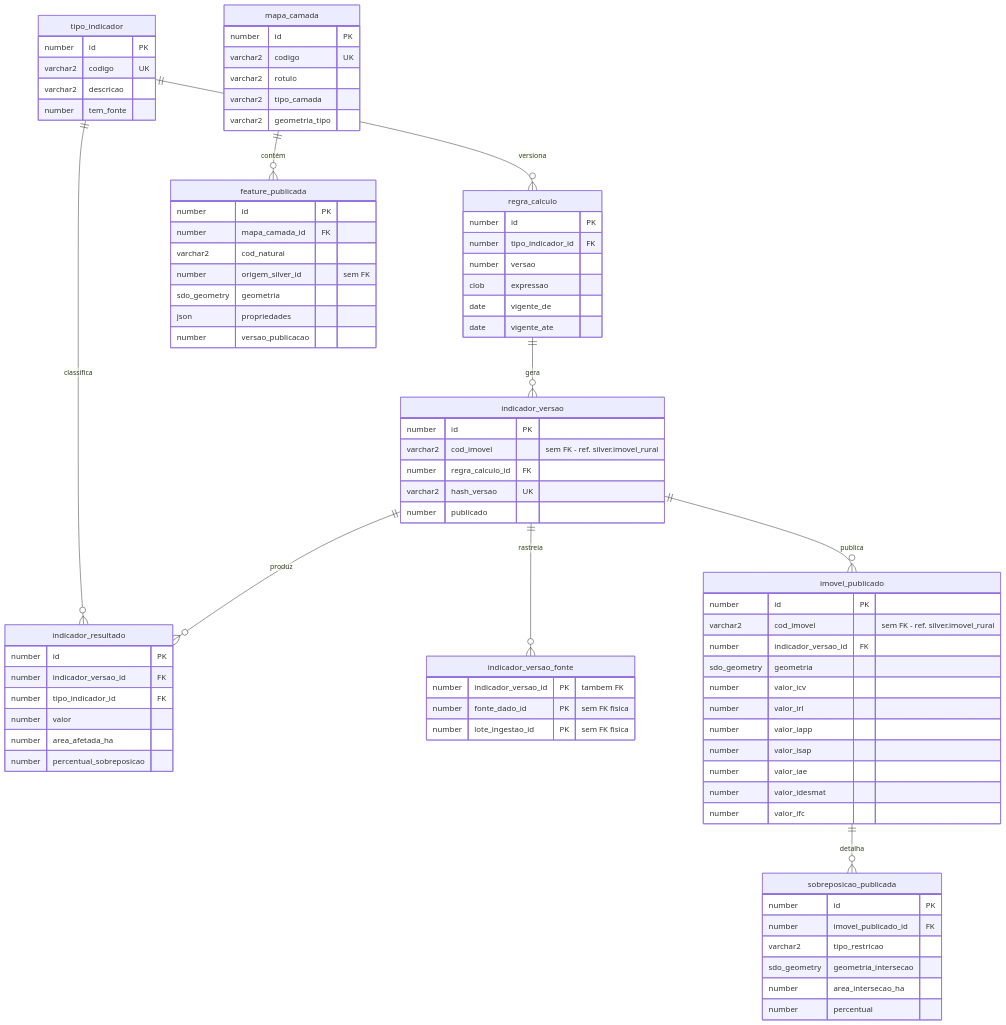
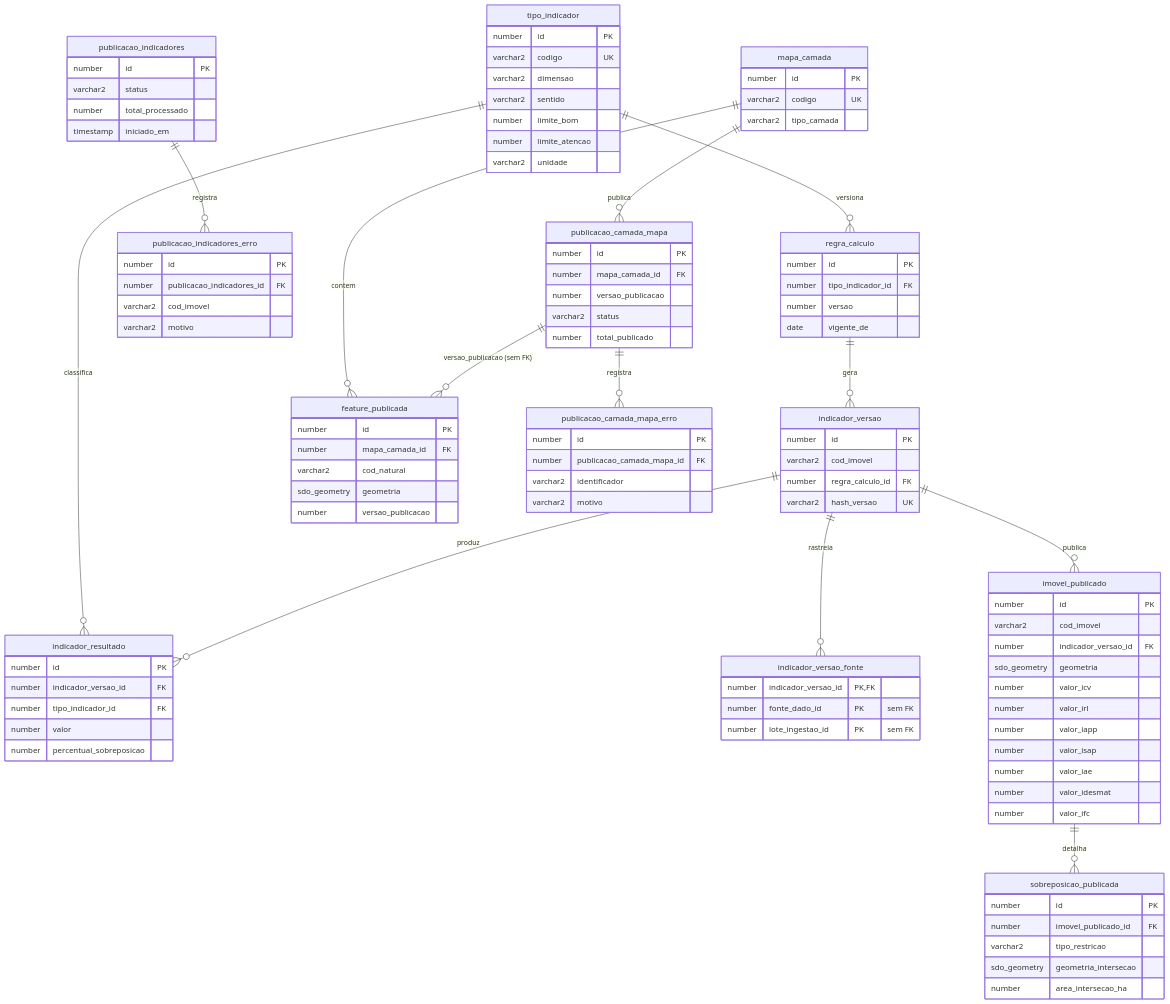
Before and after one commit to LizardsDBA/API-2026-4: the fourth of 5 diagrams in docs/manuais/tecnico/Dicionario de dados.md, drawn with Mermaid. The commit also changed other lines of this file and 3 other files, not shown here.

````diff
--- a/docs/manuais/tecnico/Dicionario de dados.md
+++ b/docs/manuais/tecnico/Dicionario de dados.md
@@ -1078,63 +1488,51 @@
     tipo_indicador {
         number id PK
         varchar2 codigo UK
-        varchar2 descricao
-        number tem_fonte
+        varchar2 dimensao
+        varchar2 sentido
+        number limite_bom
+        number limite_atencao
+        varchar2 unidade
     }
-
     regra_calculo {
         number id PK
         number tipo_indicador_id FK
         number versao
-        clob expressao
         date vigente_de
-        date vigente_ate
     }
-
     indicador_versao {
         number id PK
-        varchar2 cod_imovel "sem FK - ref. silver.imovel_rural"
+        varchar2 cod_imovel
         number regra_calculo_id FK
         varchar2 hash_versao UK
-        number publicado
     }
-
     indicador_resultado {
         number id PK
         number indicador_versao_id FK
         number tipo_indicador_id FK
         number valor
-        number area_afetada_ha
         number percentual_sobreposicao
     }
-
     indicador_versao_fonte {
-        number indicador_versao_id PK "tambem FK"
-        number fonte_dado_id PK "sem FK fisica"
-        number lote_ingestao_id PK "sem FK fisica"
+        number indicador_versao_id PK, FK
+        number fonte_dado_id PK "sem FK"
+        number lote_ingestao_id PK "sem FK"
     }
-
     mapa_camada {
         number id PK
         varchar2 codigo UK
-        varchar2 rotulo
         varchar2 tipo_camada
-        varchar2 geometria_tipo
     }
-
     feature_publicada {
         number id PK
         number mapa_camada_id FK
         varchar2 cod_natural
-        number origem_silver_id "sem FK"
         sdo_geometry geometria
-        json propriedades
         number versao_publicacao
     }
-
     imovel_publicado {
         number id PK
-        varchar2 cod_imovel "sem FK - ref. silver.imovel_rural"
+        varchar2 cod_imovel
         number indicador_versao_id FK
         sdo_geometry geometria
         number valor_icv
@@ -1145,22 +1543,48 @@
         number valor_idesmat
         number valor_ifc
     }
-
     sobreposicao_publicada {
         number id PK
         number imovel_publicado_id FK
         varchar2 tipo_restricao
         sdo_geometry geometria_intersecao
         number area_intersecao_ha
-        number percentual
     }
-
+    publicacao_indicadores {
+        number id PK
+        varchar2 status
+        number total_processado
+        timestamp iniciado_em
+    }
+    publicacao_indicadores_erro {
+        number id PK
+        number publicacao_indicadores_id FK
+        varchar2 cod_imovel
+        varchar2 motivo
+    }
+    publicacao_camada_mapa {
+        number id PK
+        number mapa_camada_id FK
+        number versao_publicacao
+        varchar2 status
+        number total_publicado
+    }
+    publicacao_camada_mapa_erro {
+        number id PK
+        number publicacao_camada_mapa_id FK
+        varchar2 identificador
+        varchar2 motivo
+    }
     tipo_indicador ||--o{ regra_calculo : "versiona"
+    regra_calculo ||--o{ indicador_versao : "gera"
     tipo_indicador ||--o{ indicador_resultado : "classifica"
-    regra_calculo ||--o{ indicador_versao : "gera"
     indicador_versao ||--o{ indicador_resultado : "produz"
     indicador_versao ||--o{ indicador_versao_fonte : "rastreia"
+    mapa_camada ||--o{ feature_publicada : "contem"
     indicador_versao ||--o{ imovel_publicado : "publica"
-    mapa_camada ||--o{ feature_publicada : "contém"
     imovel_publicado ||--o{ sobreposicao_publicada : "detalha"
+    publicacao_indicadores ||--o{ publicacao_indicadores_erro : "registra"
+    mapa_camada ||--o{ publicacao_camada_mapa : "publica"
+    publicacao_camada_mapa ||--o{ publicacao_camada_mapa_erro : "registra"
+    publicacao_camada_mapa ||--o{ feature_publicada : "versao_publicacao (sem FK)"
 ```
````
